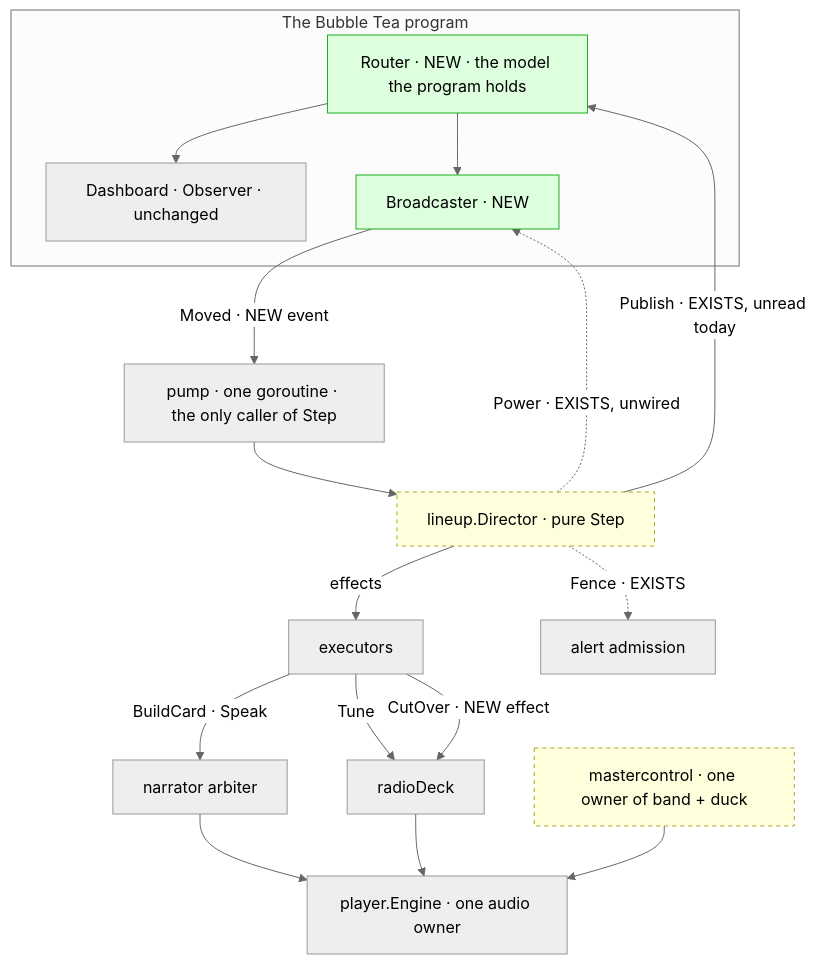
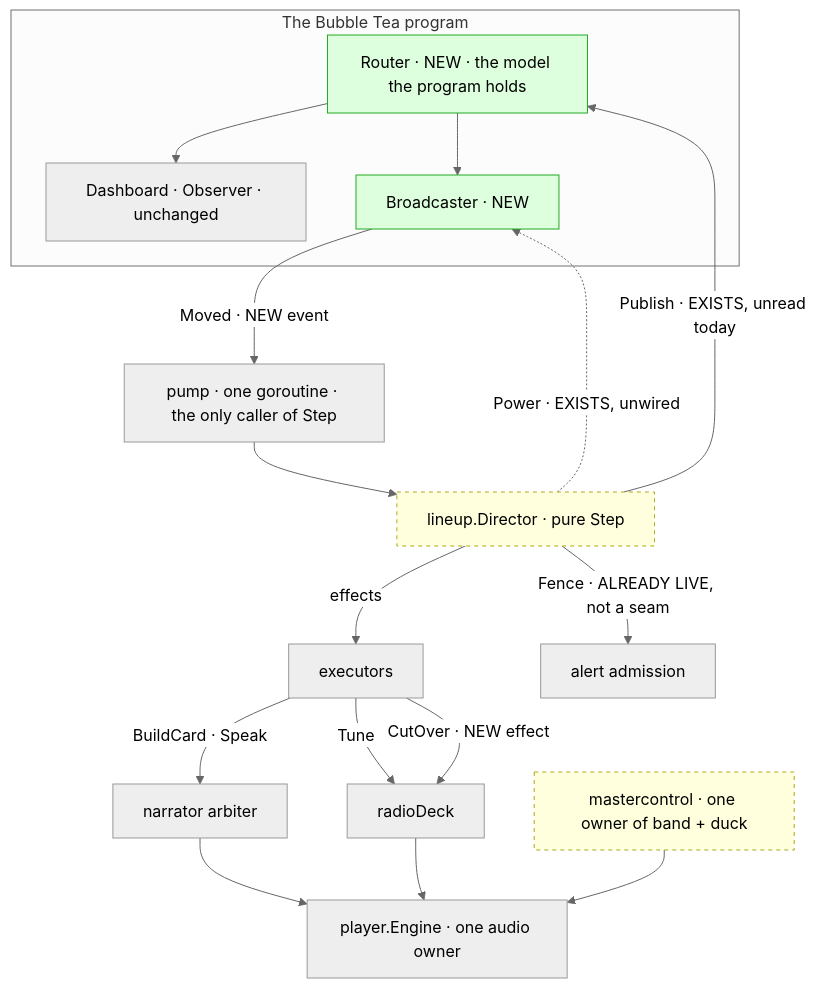
The first of 4 diagrams in 06_docs/02_features/0.16.0-broadcaster-ui/03-architecture-design/diagrams.md (branden-thompson/watchpost), drawn with Mermaid (neutral theme) before and after one commit. The commit also changed other lines of this file and 1 other file, not shown here.

First paragraph of the commit message:
0.16.0 PLAN red team: remediation — I inflated the savings and diagrammed the mechanism that already works
Ten lenses, five dispatches. FOUR of five returned conditional or blocking.
They were right, and the two headline errors are mine.

````diff
--- a/06_docs/02_features/0.16.0-broadcaster-ui/03-architecture-design/diagrams.md
+++ b/06_docs/02_features/0.16.0-broadcaster-ui/03-architecture-design/diagrams.md
@@ -20,31 +20,31 @@
 ```mermaid
 flowchart TB
   subgraph tea[The Bubble Tea program]
     ROUTER[Router · NEW · the model the program holds]
     ROUTER --> OBS[Dashboard · Observer · unchanged]
     ROUTER --> BC[Broadcaster · NEW]
   end
 
   PUMP[pump · one goroutine · the only caller of Step] --> DIR
   DIR[lineup.Director · pure Step]
 
   DIR -->|Publish · EXISTS, unread today| ROUTER
   BC -->|Moved · NEW event| PUMP
 
   DIR -->|effects| EXEC[executors]
   EXEC -->|BuildCard · Speak| ARB[narrator arbiter]
   EXEC -->|Tune| DECK[radioDeck]
   EXEC -->|CutOver · NEW effect| DECK
 
   ARB --> ENG[player.Engine · one audio owner]
   DECK --> ENG
   MC[mastercontrol · one owner of band + duck] --> ENG
 
   DIR -.->|Power · EXISTS, unwired| BC
-  DIR -.->|Fence · EXISTS| ADMIT[alert admission]
+  DIR -->|Fence · ALREADY LIVE, not a seam| ADMIT[alert admission]
 
   classDef new fill:#dfd,stroke:#2a2
   classDef seam fill:#ffd,stroke:#aa2,stroke-dasharray:4
   class ROUTER,BC new
   class DIR,MC seam
 ```
````
